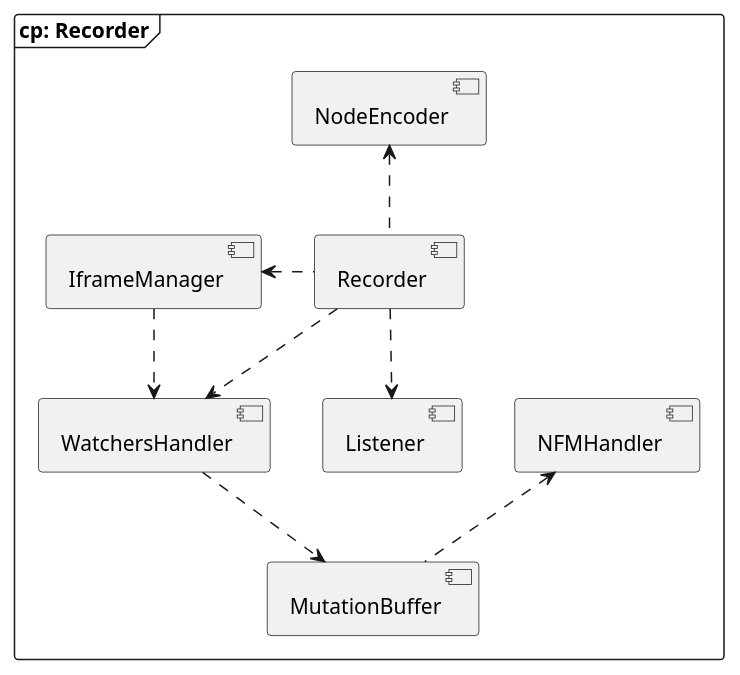
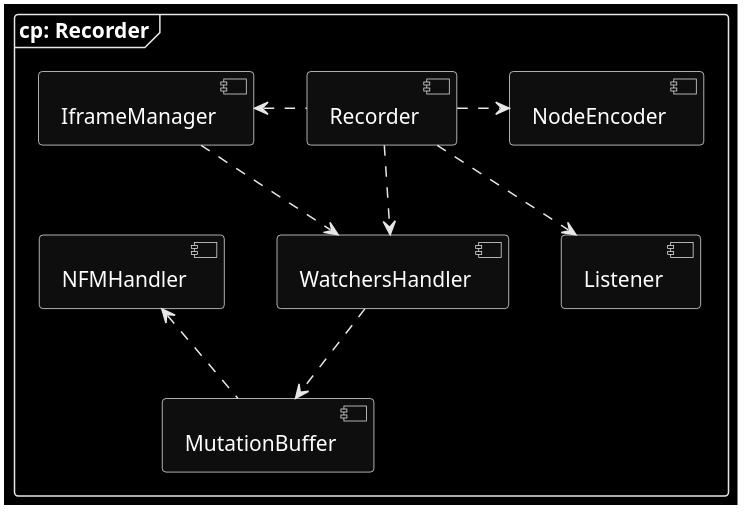
Before and after one commit to SSMM0498/arkad-conception: the diagram in models/6.Component/1.recorder.puml, drawn with PlantUML. The commit also changed 63 other files, not shown here.

```diff
--- a/models/6.Component/1.recorder.puml
+++ b/models/6.Component/1.recorder.puml
@@ -1,14 +1,16 @@
 @startuml "Recorder Component Diagram"
 skinparam shadowing false
-skinparam monochrome true
+skinparam monochrome reverse
 
 frame "cp: Recorder" {
     [Recorder] .down.> [Listener]
-    [Recorder] .up.> [NodeEncoder]
+    [Recorder] .right.> [NodeEncoder]
     [Recorder] .down.> [WatchersHandler]
     [IframeManager] .down.> [WatchersHandler]
     [Recorder] .left.> [IframeManager]
     [WatchersHandler] .down.> [MutationBuffer]
     [MutationBuffer] .up.> [NFMHandler]
+    ' [WatchersHandler] .down.> [EventSimplifier]
+    ' [MutationBuffer] .right. [EventSimplifier] #line:white
 }
 @enduml
```
